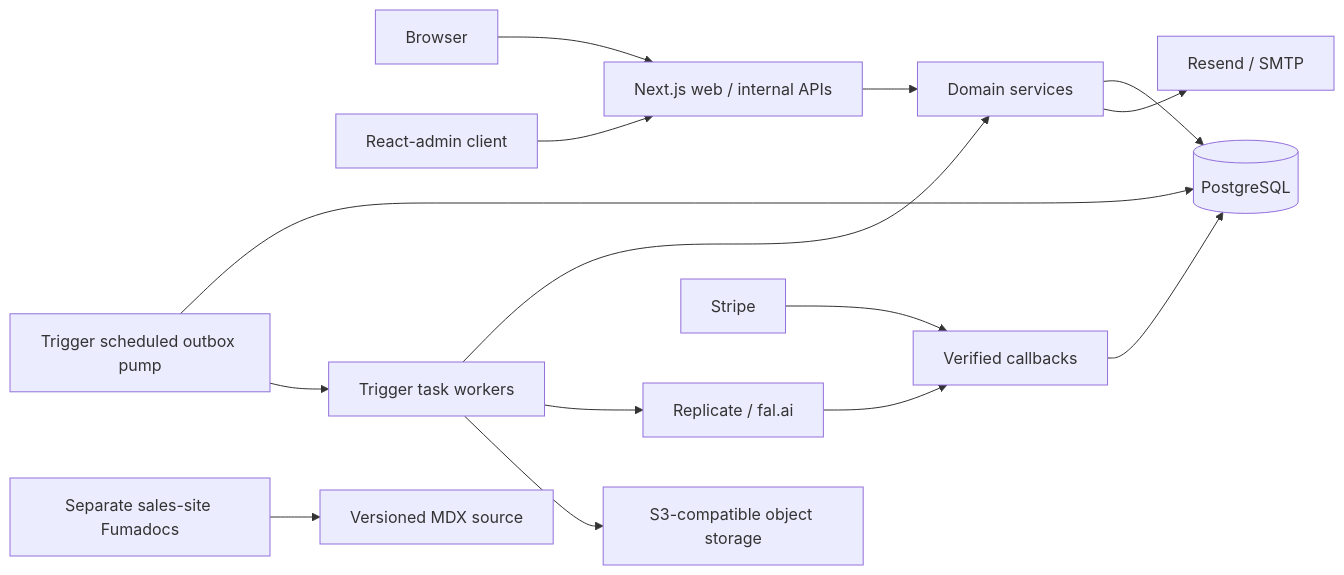
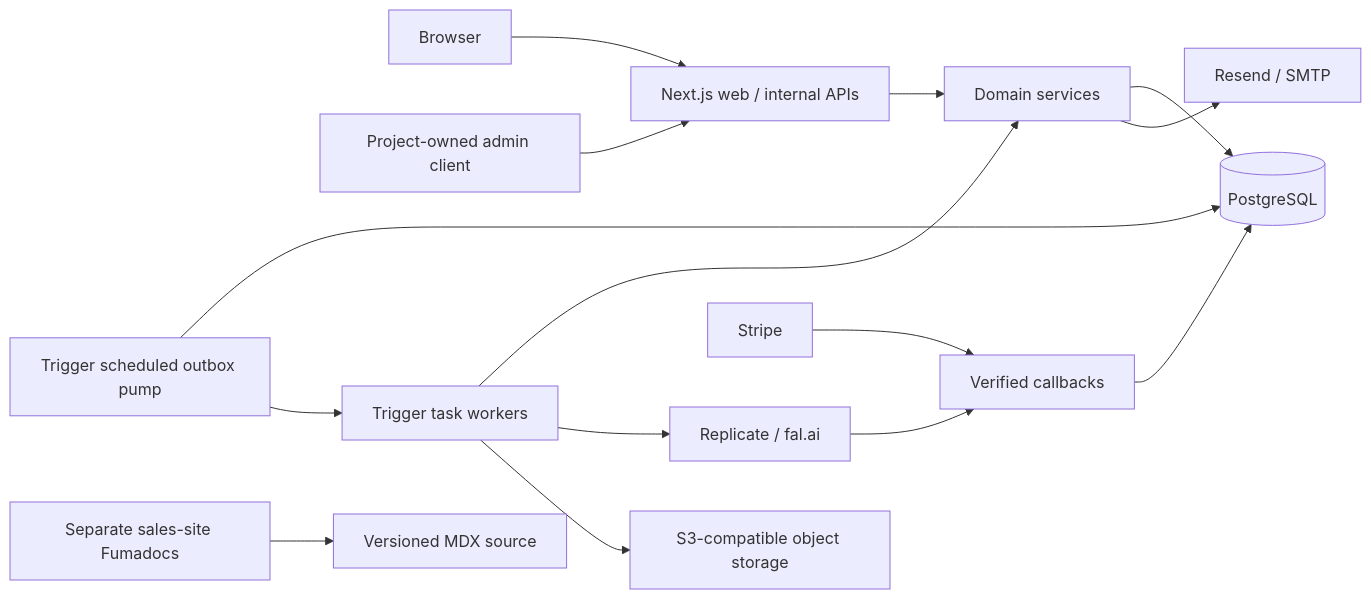
The first of 2 diagrams in docs/plans/2026-09-27-shpitto-detailed-technical-design.md (GiantClam/shpitto), drawn with Mermaid before and after one commit. The commit also changed other lines of this file and 3174 other files, not shown here.

````diff
--- a/docs/plans/2026-09-27-shpitto-detailed-technical-design.md
+++ b/docs/plans/2026-09-27-shpitto-detailed-technical-design.md
@@ -30,17 +30,17 @@
 ```mermaid
 flowchart LR
   Browser --> Web[Next.js web / internal APIs]
-  Admin[React-admin client] --> Web
+  Admin[Project-owned admin client] --> Web
   Web --> Domain[Domain services]
   Domain --> DB[(PostgreSQL)]
   Pump[Trigger scheduled outbox pump] --> DB
   Pump --> Jobs[Trigger task workers]
   Jobs --> Domain
   Jobs --> Providers[Replicate / fal.ai]
   Jobs --> Storage[S3-compatible object storage]
   Providers --> Hooks[Verified callbacks]
   Hooks --> DB
   Stripe --> Hooks
   Domain --> Mail[Resend / SMTP]
   Vendor[Separate sales-site Fumadocs] --> Docs[Versioned MDX source]
 ```
````
